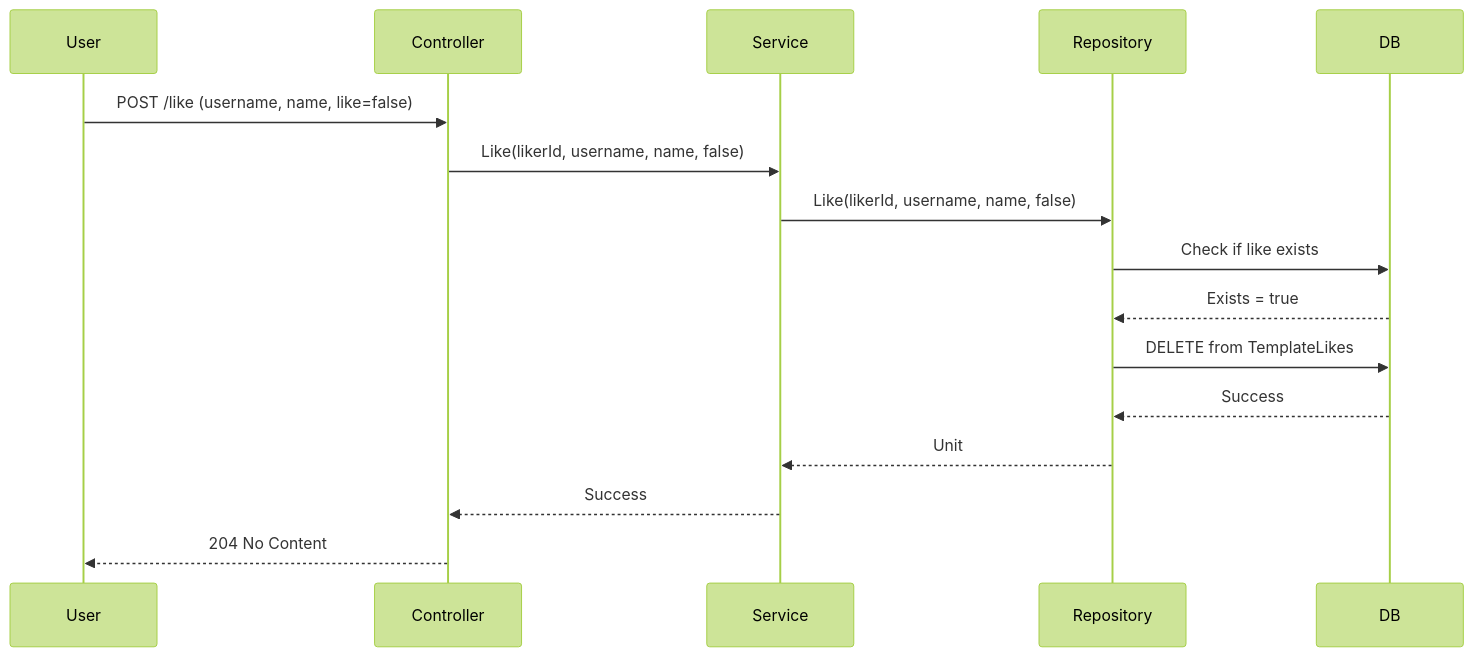
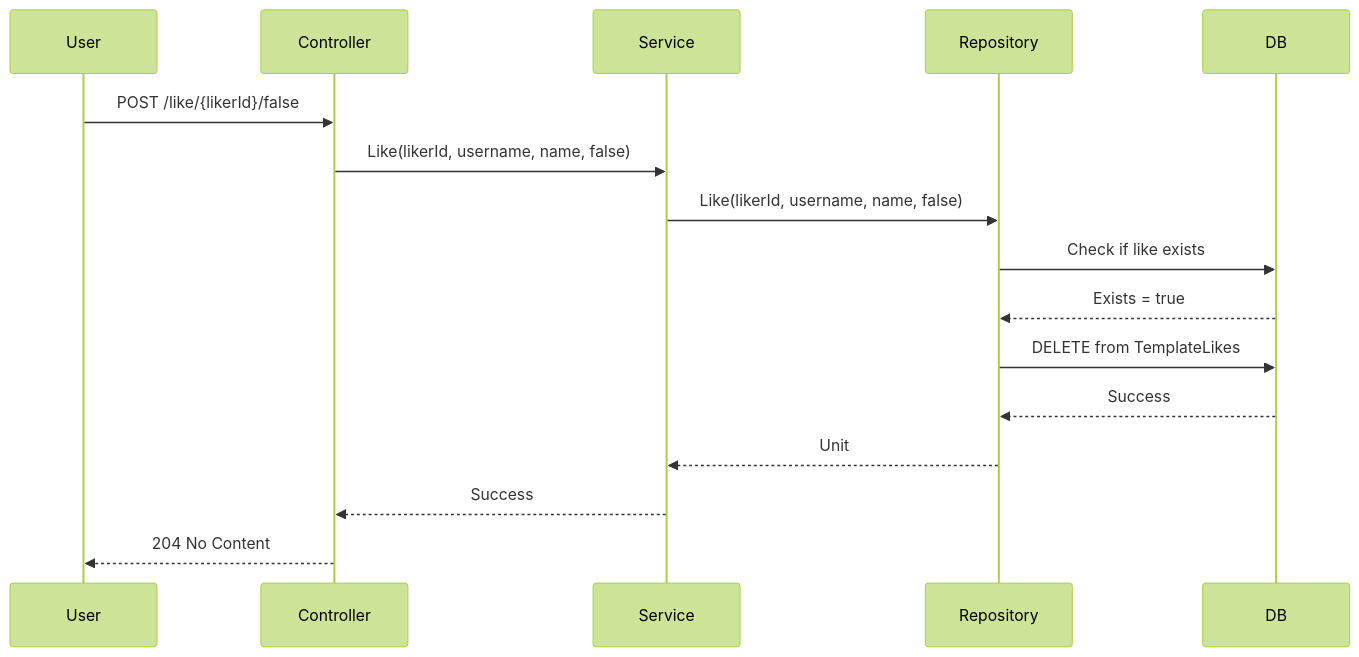
Before and after one commit to AtomiCloud/sulfone.zinc: the third of 5 diagrams in docs/developer/concepts/06-like.md, drawn with Mermaid (forest theme).

Commit message:
docs: fix Unlike sequence diagram endpoint format
[CU-86ewk3qxg]

````diff
--- a/docs/developer/concepts/06-like.md
+++ b/docs/developer/concepts/06-like.md
@@ -85,19 +85,19 @@
 ```mermaid
 sequenceDiagram
     participant User
     participant Controller
     participant Service
     participant Repository
     participant DB
 
-    User->>Controller: POST /like (username, name, like=false)
+    User->>Controller: POST /like/{likerId}/false
     Controller->>Service: Like(likerId, username, name, false)
     Service->>Repository: Like(likerId, username, name, false)
     Repository->>DB: Check if like exists
     DB-->>Repository: Exists = true
     Repository->>DB: DELETE from TemplateLikes
     DB-->>Repository: Success
     Repository-->>Service: Unit
     Service-->>Controller: Success
     Controller-->>User: 204 No Content
 ```
````
